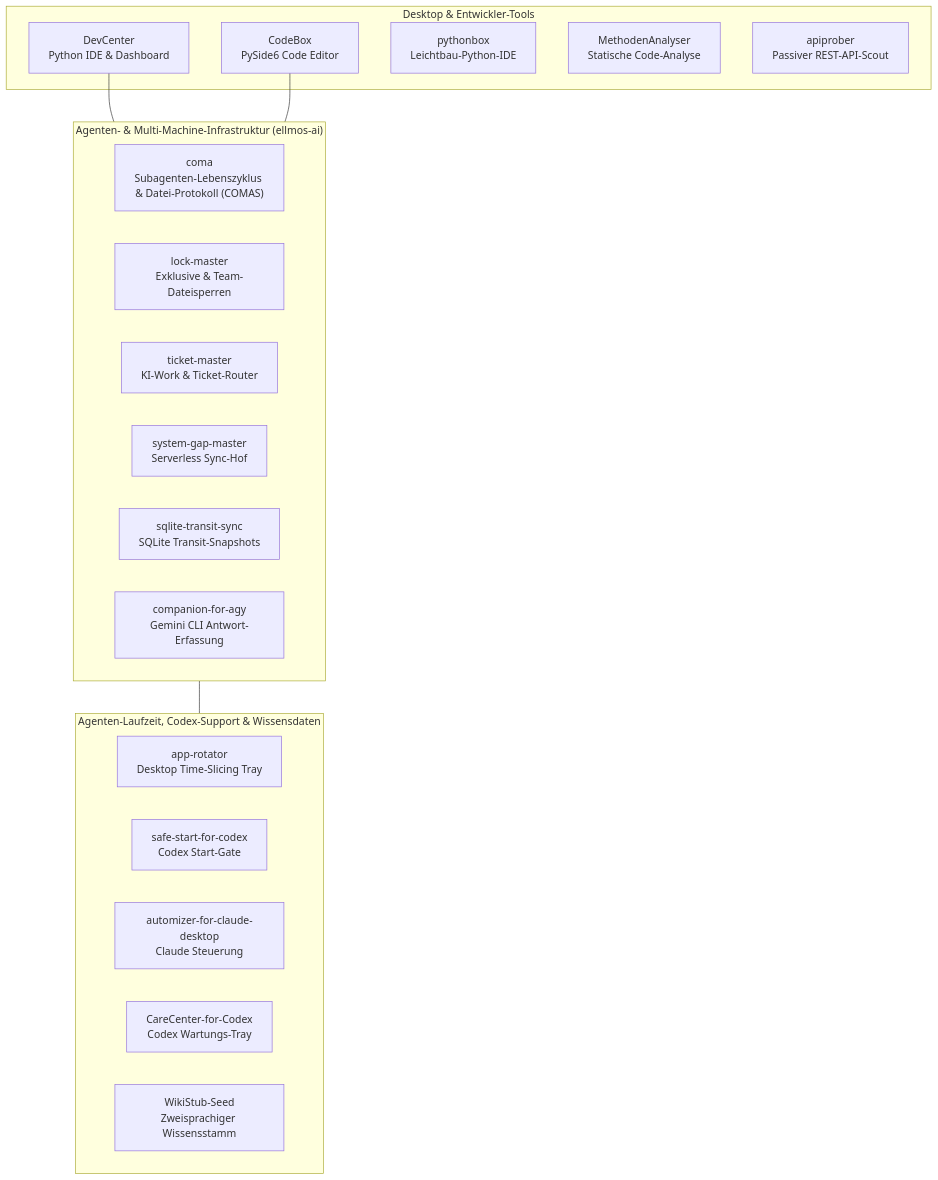
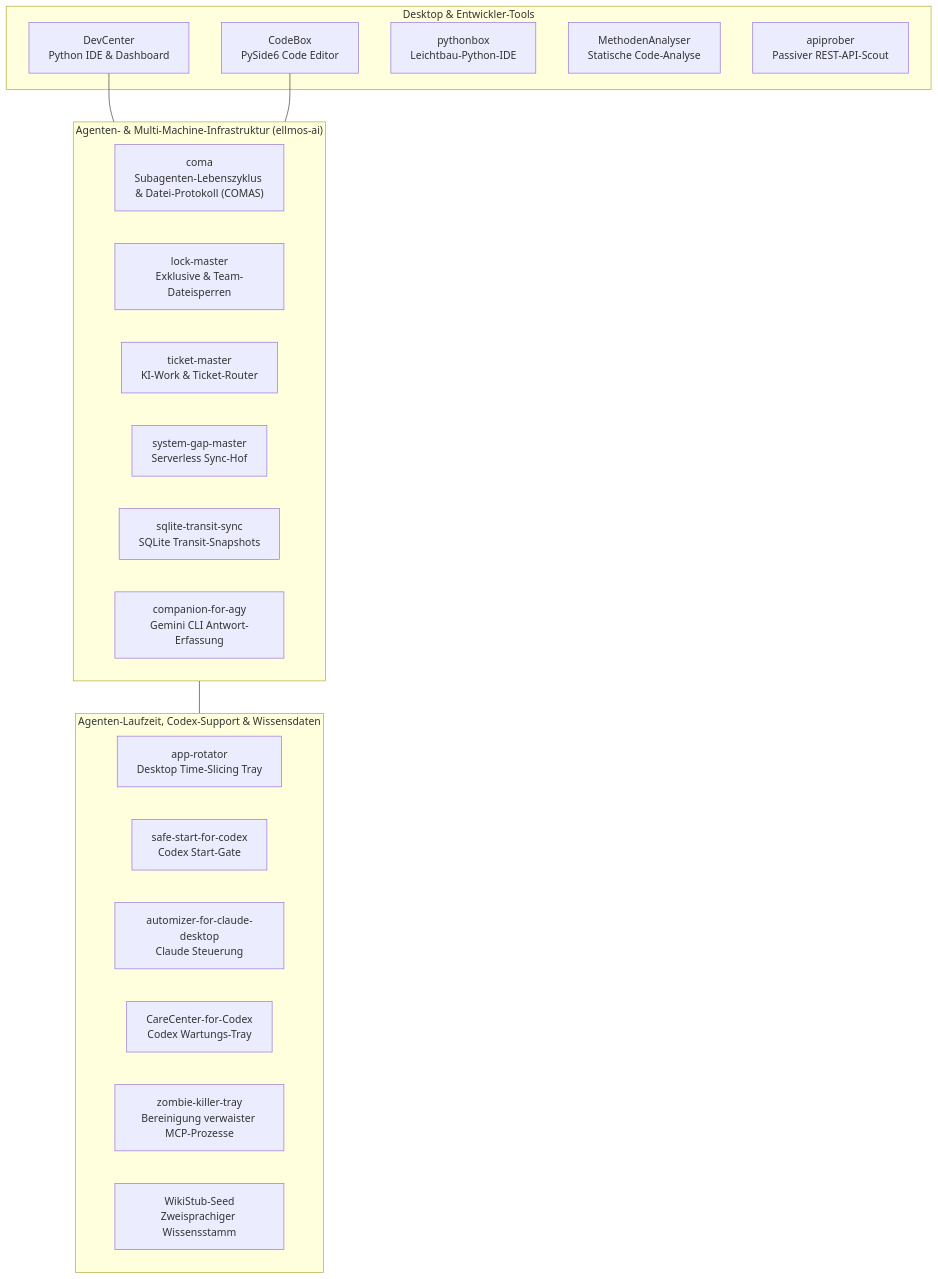
One commit to dev-bricks/.github changed the diagram in profile/README_de.md. Above: the diagram before and after it, drawn with Mermaid. The commit also changed other lines of this file and 5 other files, not shown here.

First line of the commit message:
docs: add zombie-killer-tray to the public repository directory (#3)

````diff
--- a/profile/README_de.md
+++ b/profile/README_de.md
@@ -122,31 +126,32 @@
 ```mermaid
 flowchart TD
   subgraph IDE["Desktop & Entwickler-Tools"]
     DC["DevCenter<br/>Python IDE & Dashboard"]
     CB["CodeBox<br/>PySide6 Code Editor"]
     PB["pythonbox<br/>Leichtbau-Python-IDE"]
     MA["MethodenAnalyser<br/>Statische Code-Analyse"]
     AP["apiprober<br/>Passiver REST-API-Scout"]
   end
 
   subgraph INFRA["Agenten- & Multi-Machine-Infrastruktur (ellmos-ai)"]
     COM["coma<br/>Subagenten-Lebenszyklus & Datei-Protokoll (COMAS)"]
     LM["lock-master<br/>Exklusive & Team-Dateisperren"]
     TM["ticket-master<br/>KI-Work & Ticket-Router"]
     SGM["system-gap-master<br/>Serverless Sync-Hof"]
     STS["sqlite-transit-sync<br/>SQLite Transit-Snapshots"]
     AGY["companion-for-agy<br/>Gemini CLI Antwort-Erfassung"]
   end
 
   subgraph AGENT["Agenten-Laufzeit, Codex-Support & Wissensdaten"]
     AR["app-rotator<br/>Desktop Time-Slicing Tray"]
     SSC["safe-start-for-codex<br/>Codex Start-Gate"]
     ACD["automizer-for-claude-desktop<br/>Claude Steuerung"]
     CCC["CareCenter-for-Codex<br/>Codex Wartungs-Tray"]
+    ZKT["zombie-killer-tray<br/>Bereinigung verwaister MCP-Prozesse"]
     WSS["WikiStub-Seed<br/>Zweisprachiger Wissensstamm"]
   end
 
   DC --- INFRA
   CB --- INFRA
   INFRA --- AGENT
 ```
````
